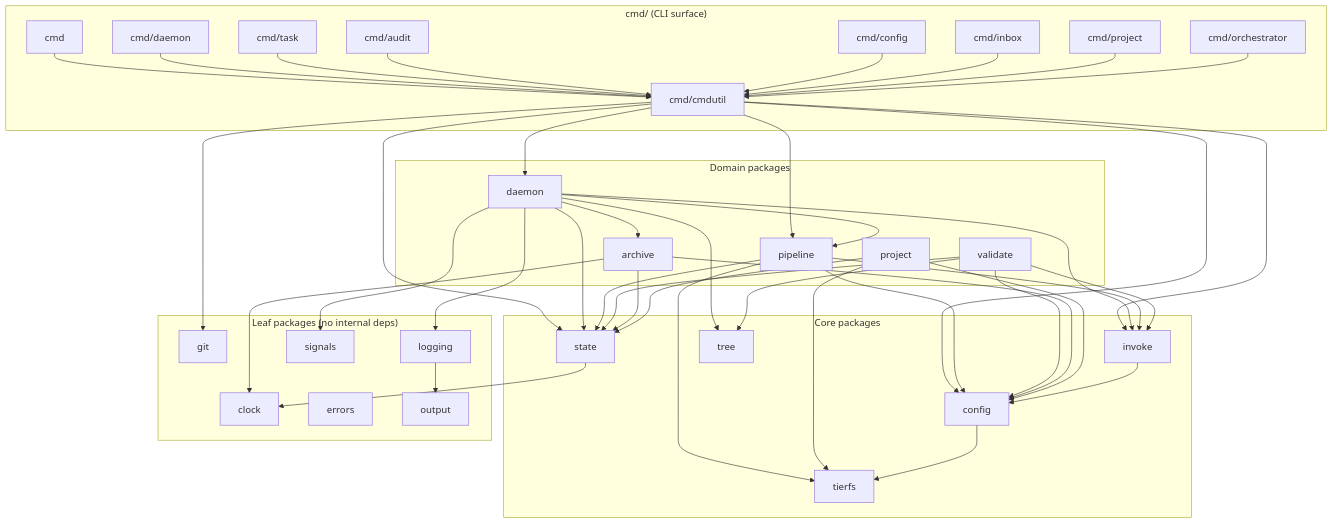
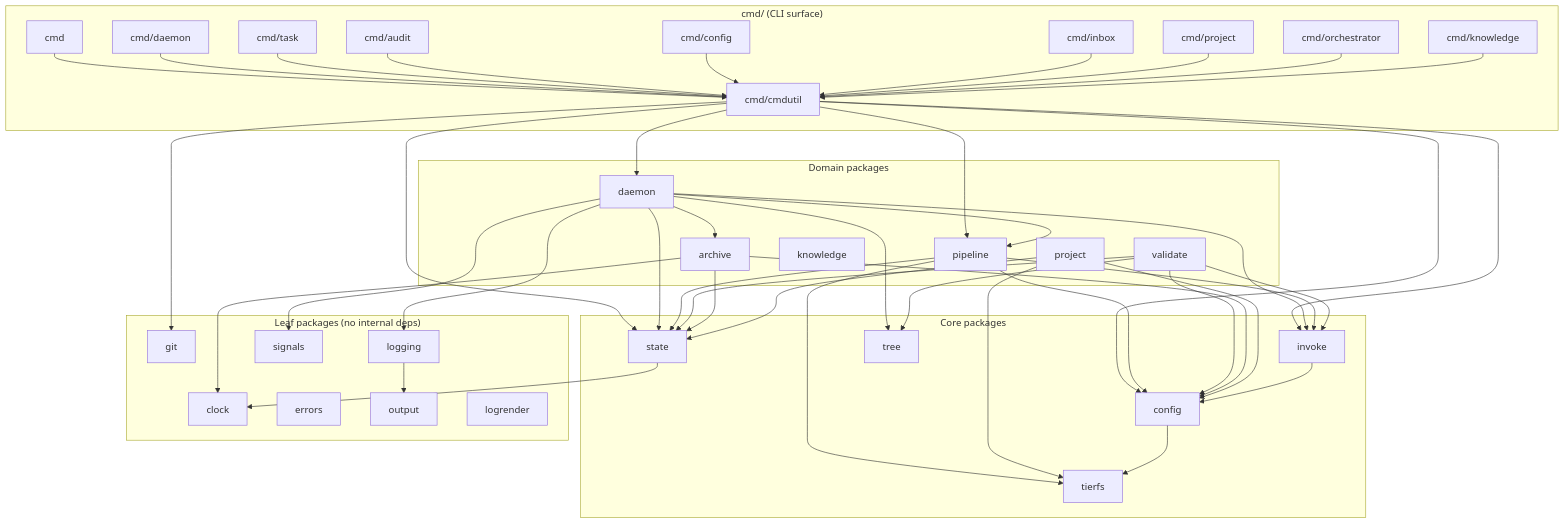
One commit to dorkusprime/wolfcastle changed the diagram in CONTRIBUTING.md. Above: the diagram before and after it, drawn with Mermaid. The commit also changed other lines of this file and 13 other files, not shown here.

```diff
--- a/CONTRIBUTING.md
+++ b/CONTRIBUTING.md
@@ -83,6 +85,7 @@
         cmdinbox[cmd/inbox]
         cmdproject[cmd/project]
         cmdorch[cmd/orchestrator]
+        cmdknow[cmd/knowledge]
     end
 
     subgraph Domain["Domain packages"]
@@ -91,6 +94,7 @@
         validate[validate]
         archive[archive]
         project[project]
+        knowledge[knowledge]
     end
 
     subgraph Core["Core packages"]
@@ -107,6 +111,7 @@
         git[git]
         output[output]
         logging[logging]
+        logrender[logrender]
         signals[signals]
     end
 
@@ -118,6 +123,7 @@
     cmdinbox --> cmdutil
     cmdproject --> cmdutil
     cmdorch --> cmdutil
+    cmdknow --> cmdutil
 
     cmdutil --> daemon
     cmdutil --> state
```
